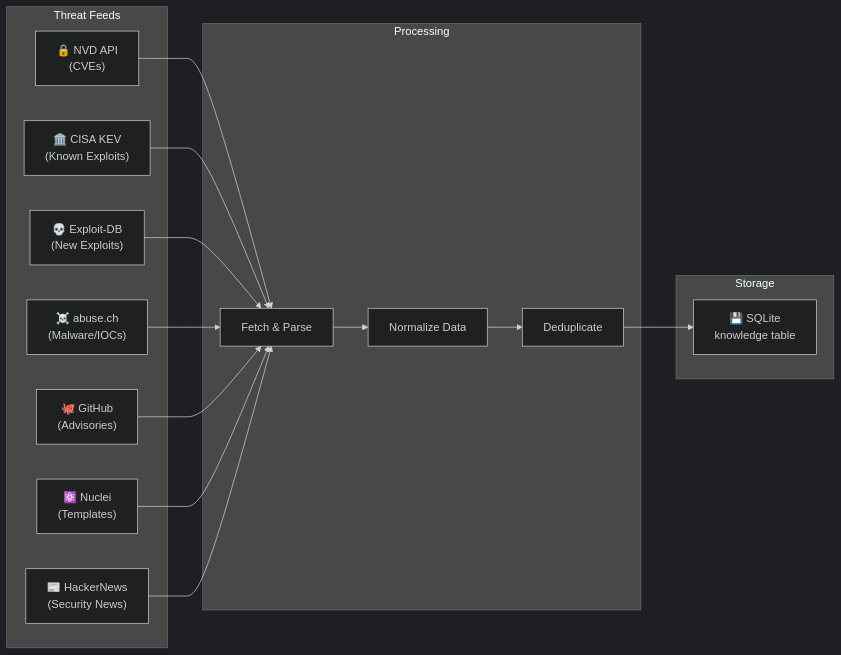
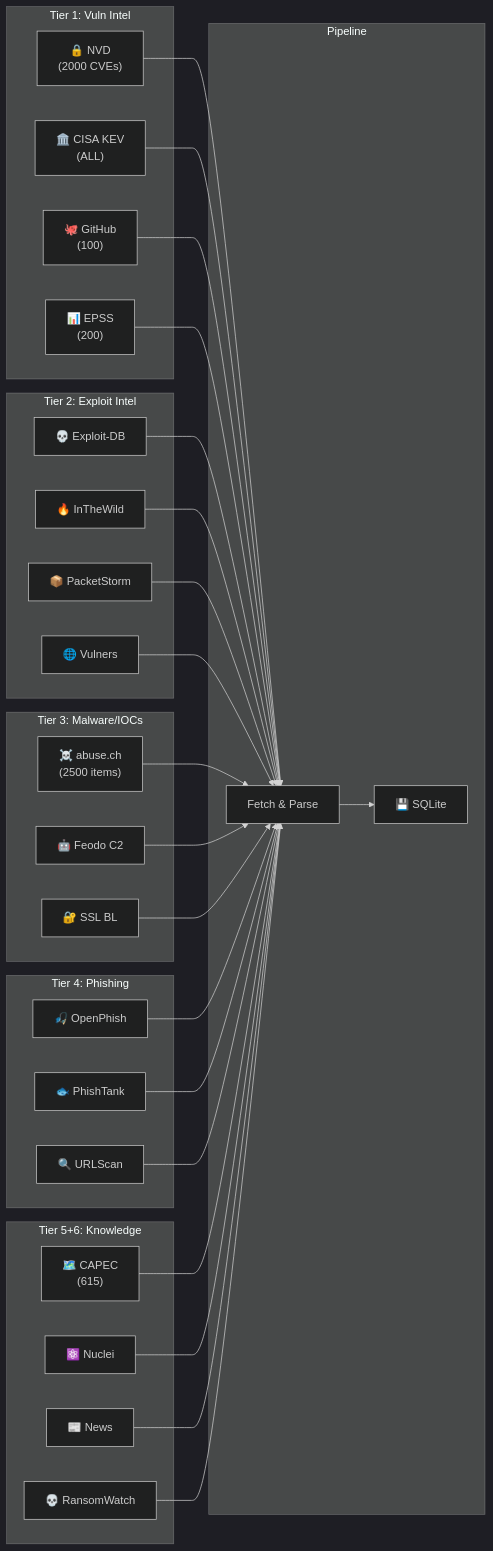
One commit to ABINAYAN-HUB/Cyber-Security-Agentic-Framework changed the ninth of 15 diagrams in ARCHITECTURE.md. Above: the diagram before and after it, drawn with Mermaid (dark theme). The commit also changed other lines of this file and 2 other files, not shown here.

Commit message:
docs: update all docs for 20+ source auto-learner & tool install UI
README.md:
- Updated subtitle to '20+ Threat Intel Sources'
- Added 'One-Click Tool Install from Web UI' capability
- Updated auto-learning description with all 20+ source names
- Updated Web UI features (install buttons, auto-learn button)
- Added POST /api/learn, /api/learning-status, /api/tools/install,
  /api/tools/install-all to API reference table (now 30+ endpoints)

ARCHITECTURE.md:
- Rewrote Section 9 (Auto-Learner) with 6-tier Mermaid diagram
- Updated learning schedule table with all 21 sources and max limits
- Updated file line count to 600+

AGENT.md:
- Complete rewrite with 20+ auto-learning sources listed individually
- Added tool install from Web UI capabilities
- Updated API endpoints section (30+)
- Added all 21 sources with exact fetch limits

````diff
--- a/ARCHITECTURE.md
+++ b/ARCHITECTURE.md
@@ -576,32 +576,47 @@
 ```mermaid
 flowchart LR
-    subgraph "Threat Feeds"
-        NVD["🔒 NVD API<br/>(CVEs)"]
-        CISA["🏛️ CISA KEV<br/>(Known Exploits)"]
-        EDB["💀 Exploit-DB<br/>(New Exploits)"]
-        ABUSE["☠️ abuse.ch<br/>(Malware/IOCs)"]
-        GH["🐙 GitHub<br/>(Advisories)"]
-        NUCLEI["⚛️ Nuclei<br/>(Templates)"]
-        HN["📰 HackerNews<br/>(Security News)"]
+    subgraph "Tier 1: Vuln Intel"
+        NVD["🔒 NVD<br/>(2000 CVEs)"]
+        CISA["🏛️ CISA KEV<br/>(ALL)"]
+        GH["🐙 GitHub<br/>(100)"]
+        EPSS["📊 EPSS<br/>(200)"]
     end
 
-    subgraph "Processing"
-        FETCH["Fetch & Parse"]
-        NORM["Normalize Data"]
-        DEDUP["Deduplicate"]
+    subgraph "Tier 2: Exploit Intel"
+        EDB["💀 Exploit-DB"]
+        ITW["🔥 InTheWild"]
+        PS["📦 PacketStorm"]
+        VLN["🌐 Vulners"]
     end
 
-    subgraph "Storage"
-        DB["💾 SQLite<br/>knowledge table"]
+    subgraph "Tier 3: Malware/IOCs"
+        ABUSE["☠️ abuse.ch<br/>(2500 items)"]
+        FEODO["🤖 Feodo C2"]
+        SSLBL["🔐 SSL BL"]
     end
 
-    NVD --> FETCH
-    CISA --> FETCH
-    EDB --> FETCH
-    ABUSE --> FETCH
-    GH --> FETCH
-    NUCLEI --> FETCH
-    HN --> FETCH
+    subgraph "Tier 4: Phishing"
+        OPHISH["🎣 OpenPhish"]
+        PTANK["🐟 PhishTank"]
+        USCAN["🔍 URLScan"]
+    end
 
-    FETCH --> NORM --> DEDUP --> DB
+    subgraph "Tier 5+6: Knowledge"
+        CAPEC["🗺️ CAPEC<br/>(615)"]
+        NUCLEI["⚛️ Nuclei"]
+        HN["📰 News"]
+        RANSOM["💀 RansomWatch"]
+    end
+
+    subgraph "Pipeline"
+        FETCH["Fetch & Parse"]
+        DB["💾 SQLite"]
+    end
+
+    NVD & CISA & GH & EPSS --> FETCH
+    EDB & ITW & PS & VLN --> FETCH
+    ABUSE & FEODO & SSLBL --> FETCH
+    OPHISH & PTANK & USCAN --> FETCH
+    CAPEC & NUCLEI & HN & RANSOM --> FETCH
+    FETCH --> DB
 ```
````
